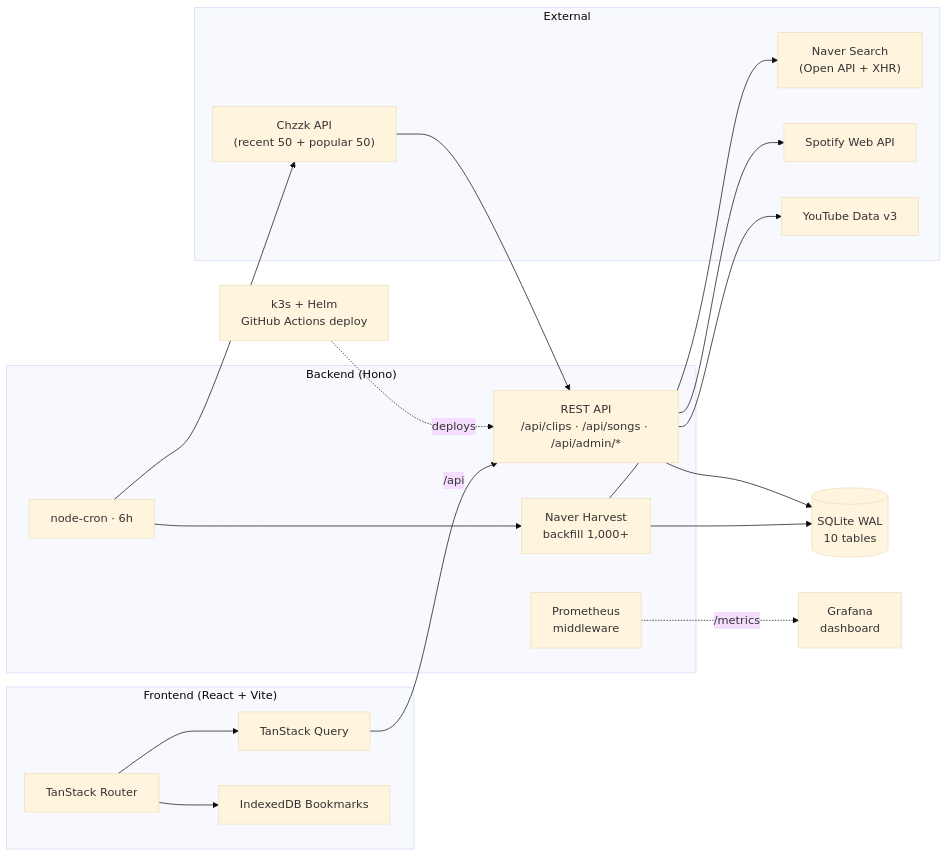
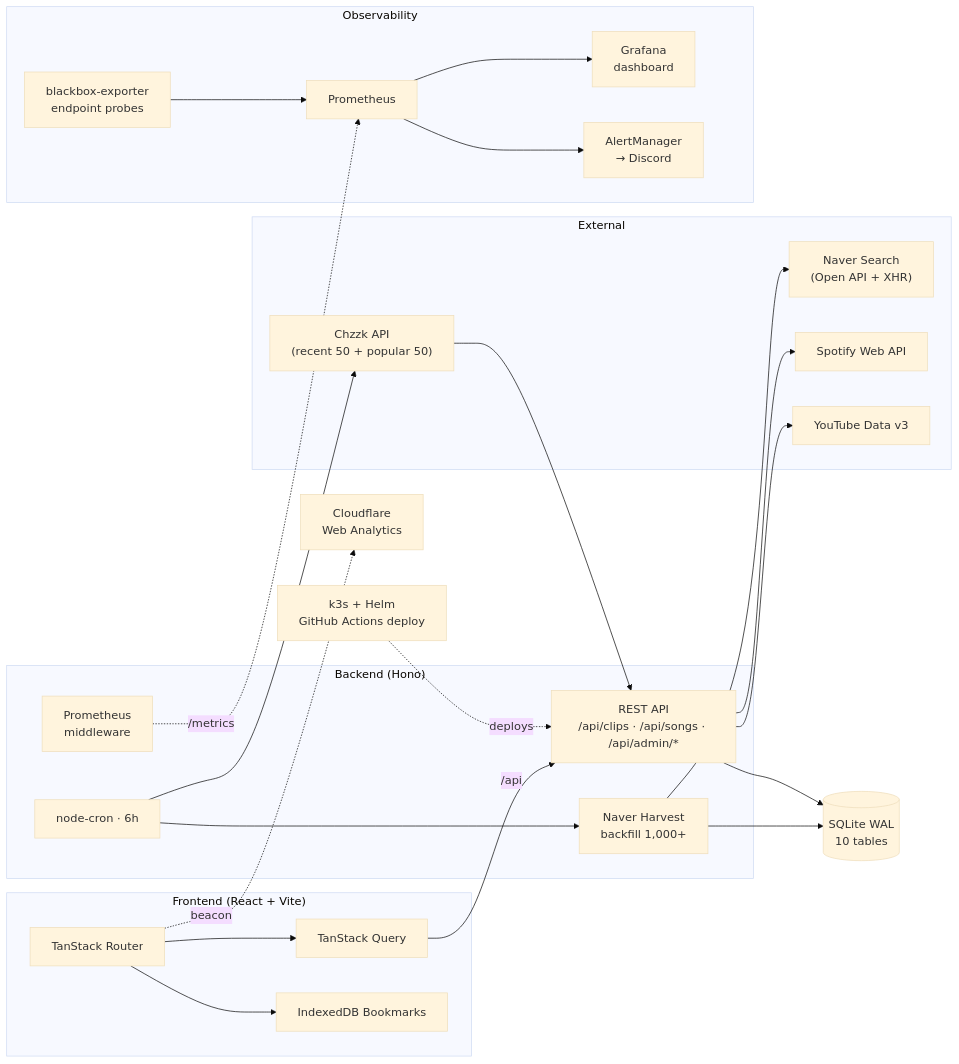
Before and after one commit to rumaniel/rumaniel.github.io: the diagram in _projects/chzzk-songs.en.md, drawn with Mermaid (base theme). The commit also changed other lines of this file and 1 other file, not shown here.

First line of the commit message:
chzzk_songs: refresh observability + add analytics

```diff
--- a/_projects/chzzk-songs.en.md
+++ b/_projects/chzzk-songs.en.md
@@ -38,41 +39,53 @@
 <div class="mermaid" markdown="0">
 flowchart LR
   subgraph EXT["External"]
     Chzzk["Chzzk API<br/>(recent 50 + popular 50)"]
     Naver["Naver Search<br/>(Open API + XHR)"]
     Spotify["Spotify Web API"]
     YouTube["YouTube Data v3"]
   end
 
   subgraph BE["Backend (Hono)"]
     Cron["node-cron · 6h"]
     Harvest["Naver Harvest<br/>backfill 1,000+"]
     API["REST API<br/>/api/clips · /api/songs · /api/admin/*"]
     Metrics["Prometheus<br/>middleware"]
   end
 
   SQLite[("SQLite WAL<br/>10 tables")]
 
   subgraph FE["Frontend (React + Vite)"]
     Routes["TanStack Router"]
     Query["TanStack Query"]
     Bookmark["IndexedDB Bookmarks"]
   end
 
   K3s["k3s + Helm<br/>GitHub Actions deploy"]
-  Grafana["Grafana<br/>dashboard"]
+
+  subgraph OBS["Observability"]
+    Prom["Prometheus"]
+    Grafana["Grafana<br/>dashboard"]
+    Alert["AlertManager<br/>→ Discord"]
+    Blackbox["blackbox-exporter<br/>endpoint probes"]
+  end
+
+  CFA["Cloudflare<br/>Web Analytics"]
 
   Cron --> Chzzk
   Cron --> Harvest
   Harvest --> Naver
   API --> Spotify
   API --> YouTube
   Chzzk --> API
   Harvest --> SQLite
   API --> SQLite
   Routes --> Query
   Query -->|/api| API
   Routes --> Bookmark
-  Metrics -.->|/metrics| Grafana
+  Routes -.->|beacon| CFA
+  Metrics -.->|/metrics| Prom
+  Prom --> Grafana
+  Prom --> Alert
+  Blackbox --> Prom
   K3s -.->|deploys| API
 </div>
```
